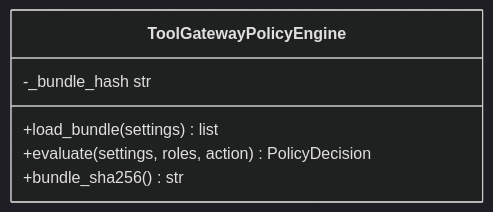
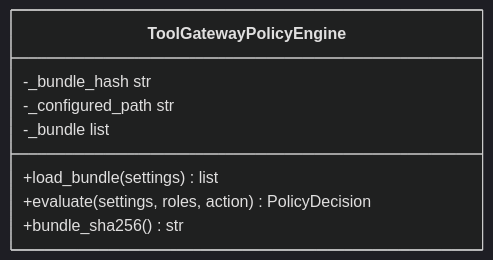
The fourth of 9 diagrams in .qoder/repowiki/en/content/Architecture Documentation/SPEC-048_ Policy Testing and Rollout Controls.md (metasync/luban-aiops), drawn with Mermaid (dark theme) before and after one commit. The commit also changed other lines of this file and 35 other files, not shown here.

````diff
--- a/.qoder/repowiki/en/content/Architecture Documentation/SPEC-048_ Policy Testing and Rollout Controls.md
+++ b/.qoder/repowiki/en/content/Architecture Documentation/SPEC-048_ Policy Testing and Rollout Controls.md
@@ -161,9 +240,11 @@
 ```mermaid
 classDiagram
 class ToolGatewayPolicyEngine {
 +load_bundle(settings) list
 +evaluate(settings, roles, action) PolicyDecision
 +bundle_sha256() str
 -_bundle_hash str
+-_configured_path str
+-_bundle list
 }
 ```
````
